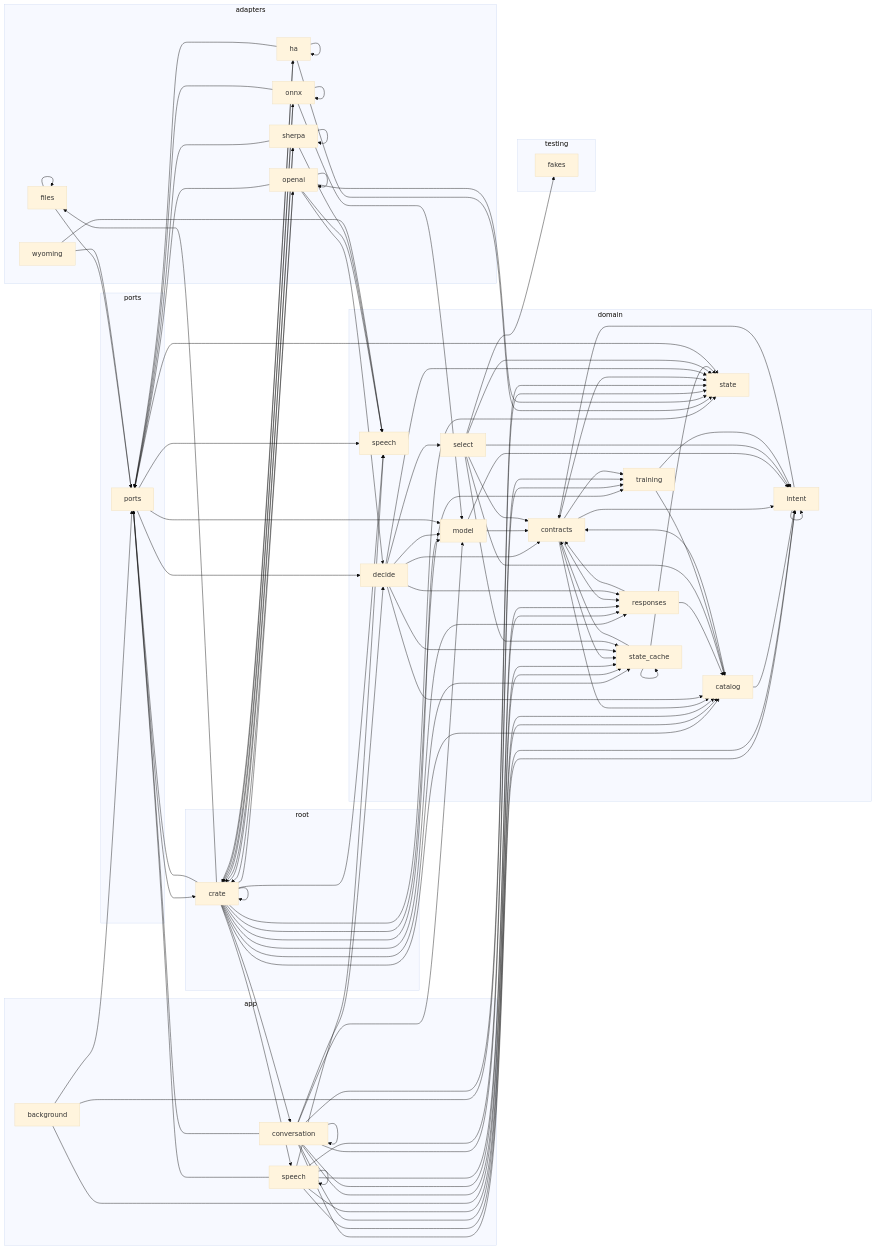
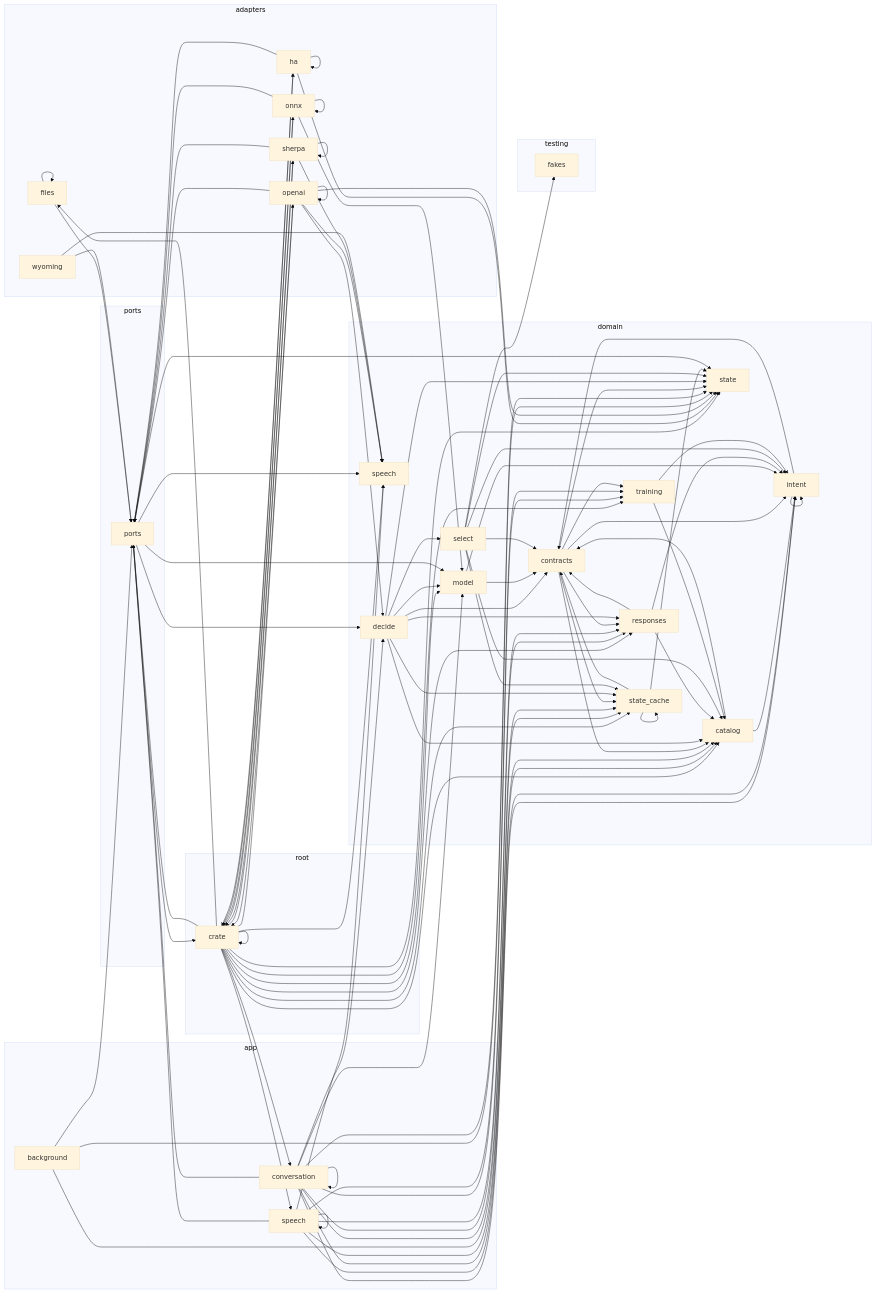
One commit to louislang/ha-jarvis changed the diagram in docs/architecture.md. Above: the diagram before and after it, drawn with Mermaid (base theme). The commit also changed 3 other files, not shown here.

```diff
--- a/docs/architecture.md
+++ b/docs/architecture.md
@@ -118,6 +118,7 @@
     crate_domain_model --> crate_domain_intent
     crate_domain_responses --> crate_domain_catalog
     crate_domain_responses --> crate_domain_contracts
+    crate_domain_responses --> crate_domain_intent
     crate_domain_select --> crate_domain_catalog
     crate_domain_select --> crate_domain_contracts
     crate_domain_select --> crate_domain_intent
```
